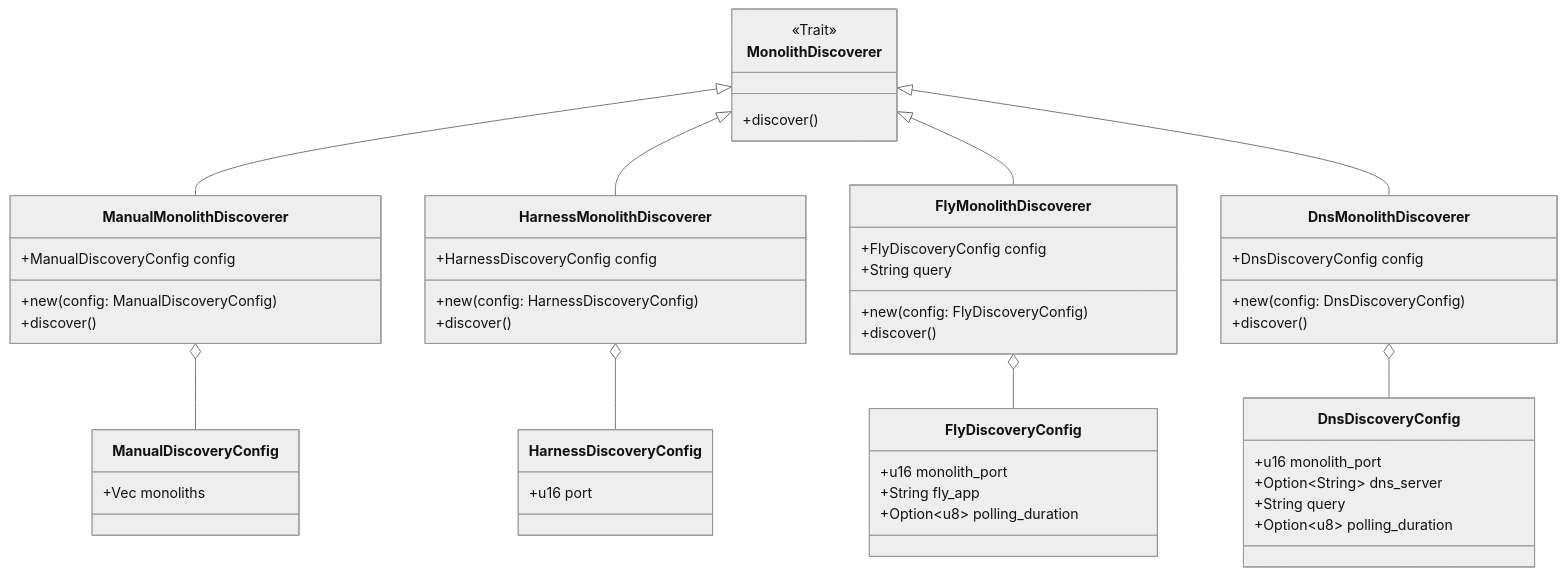
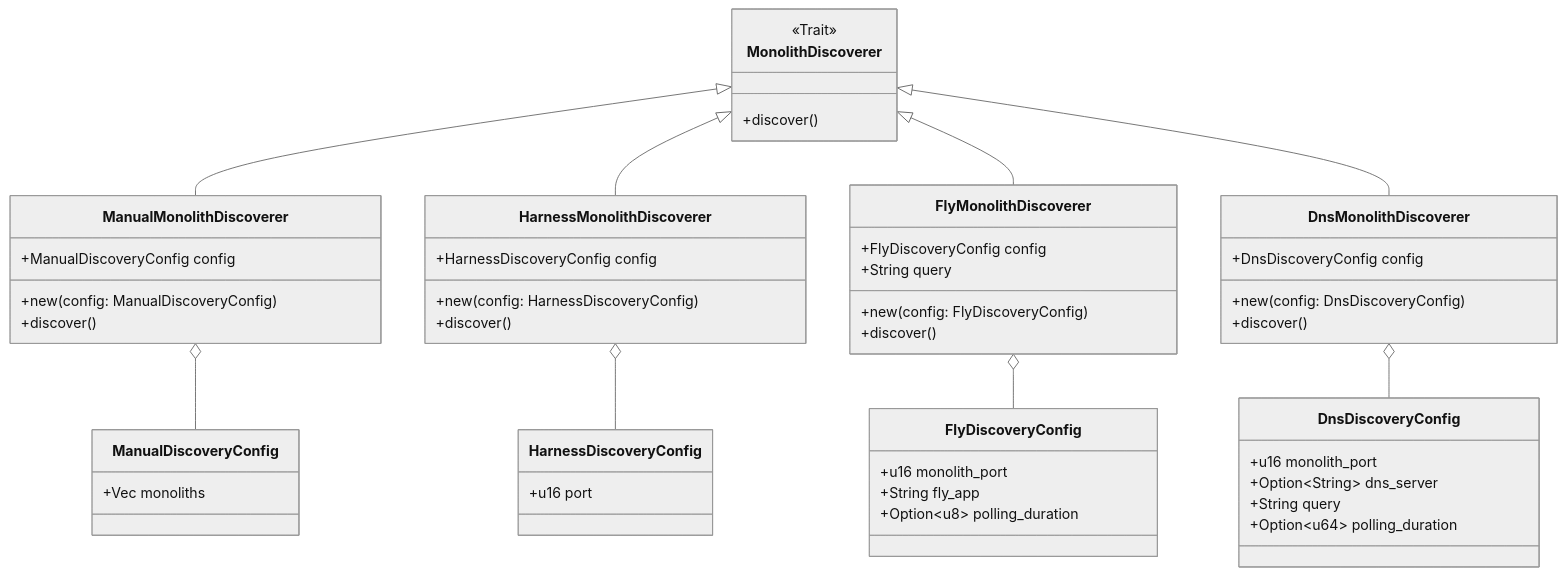
Before and after one commit to dyc3/senior-design: the diagram in figures/discovery/monolith-discoverers.mmd, drawn with Mermaid (neutral theme). The commit also changed 1 other file, not shown here.

Commit message:
updated figure 27

```diff
--- a/figures/discovery/monolith-discoverers.mmd
+++ b/figures/discovery/monolith-discoverers.mmd
@@ -1,48 +1,48 @@
 classDiagram
     direction BT
     class MonolithDiscoverer {
         <<Trait>>
         +discover()
     }
     ManualMonolithDiscoverer --|> MonolithDiscoverer
     HarnessMonolithDiscoverer --|> MonolithDiscoverer
     FlyMonolithDiscoverer --|> MonolithDiscoverer
     DnsMonolithDiscoverer --|> MonolithDiscoverer
 
     DnsDiscoveryConfig --o DnsMonolithDiscoverer
     DnsDiscoveryConfig : +u16 monolith_port
     DnsDiscoveryConfig : +Option~String~ dns_server
     DnsDiscoveryConfig : +String query
-    DnsDiscoveryConfig : +Option~u8~ polling_duration
+    DnsDiscoveryConfig : +Option~u64~ polling_duration
     class DnsMonolithDiscoverer{
         +DnsDiscoveryConfig config
         +new(config: DnsDiscoveryConfig)
         +discover()
     }
 
     FlyDiscoveryConfig --o FlyMonolithDiscoverer
     FlyDiscoveryConfig : +u16 monolith_port
     FlyDiscoveryConfig : +String fly_app
     FlyDiscoveryConfig : +Option~u8~ polling_duration
     class FlyMonolithDiscoverer{
         +FlyDiscoveryConfig config
         +String query
         +new(config: FlyDiscoveryConfig)
         +discover()
     }
 
     ManualDiscoveryConfig --o ManualMonolithDiscoverer
     ManualDiscoveryConfig : +Vec monoliths
     class ManualMonolithDiscoverer{
         +ManualDiscoveryConfig config
         +new(config: ManualDiscoveryConfig)
         +discover()
     }
 
     HarnessDiscoveryConfig --o HarnessMonolithDiscoverer
     HarnessDiscoveryConfig : +u16 port
     class HarnessMonolithDiscoverer{
         +HarnessDiscoveryConfig config
         +new(config: HarnessDiscoveryConfig)
         +discover()
     }
```
